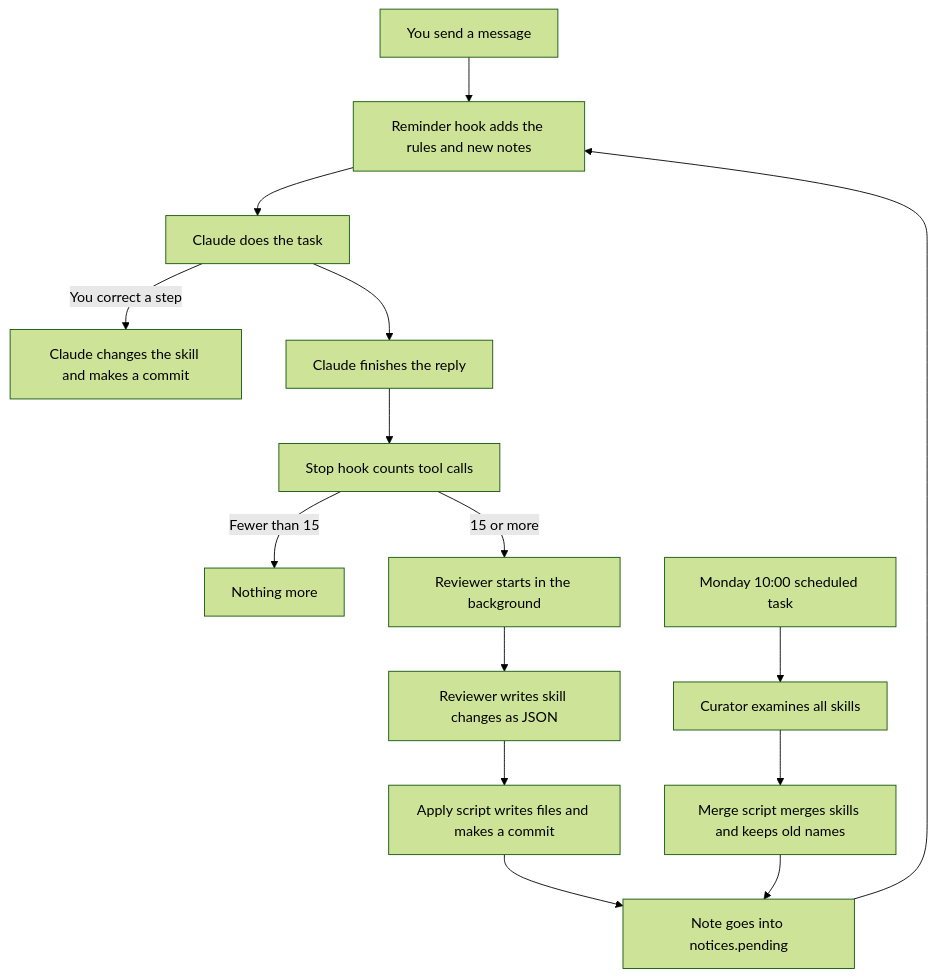
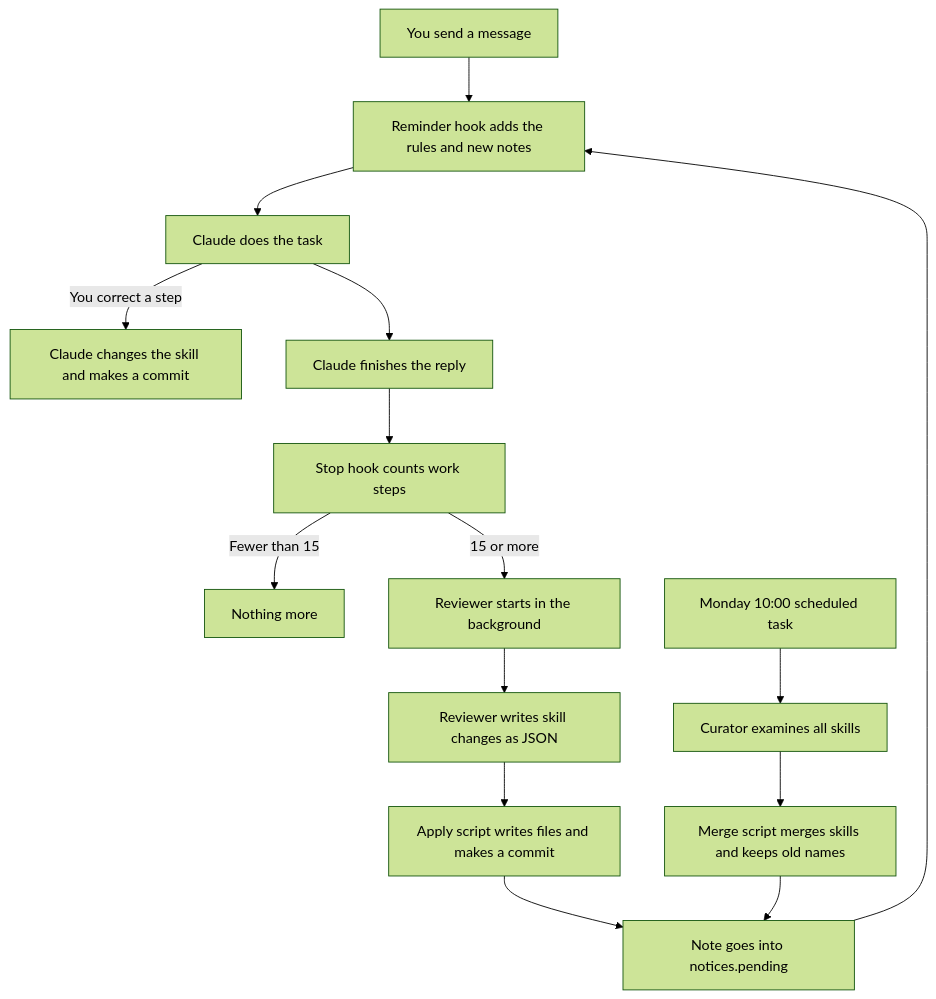
One commit to oiegorov-embrace/claude-self-learning-skills changed the diagram in README.md. Above: the diagram before and after it, drawn with Mermaid (forest theme). The commit also changed other lines of this file and 1 other file, not shown here.

First line of the commit message:
Count work steps, not raw tool calls; ignore bookkeeping tools

````diff
--- a/README.md
+++ b/README.md
@@ -225,17 +228,17 @@
 ```mermaid
 flowchart TD
   U[You send a message] --> R[Reminder hook adds the rules and new notes]
   R --> C[Claude does the task]
   C -->|You correct a step| S1[Claude changes the skill and makes a commit]
   C --> F[Claude finishes the reply]
-  F --> SH[Stop hook counts tool calls]
+  F --> SH[Stop hook counts work steps]
   SH -->|Fewer than 15| E[Nothing more]
   SH -->|15 or more| BG[Reviewer starts in the background]
   BG --> J[Reviewer writes skill changes as JSON]
   J --> A[Apply script writes files and makes a commit]
   A --> N[Note goes into notices.pending]
   N --> R
   W[Monday 10:00 scheduled task] --> CU[Curator examines all skills]
   CU --> M[Merge script merges skills and keeps old names]
   M --> N
 ```
````
